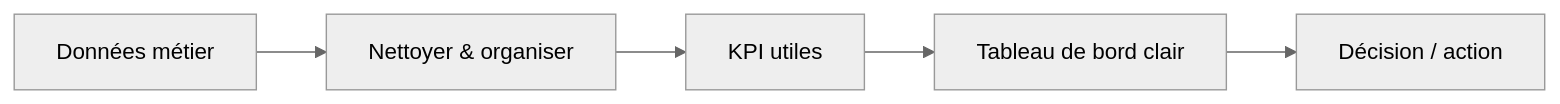
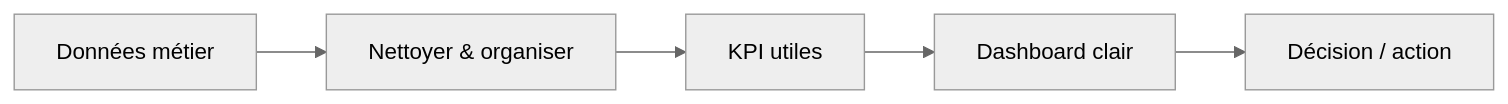
Before and after one commit to jeffersonkuku/powerbi-portfolio-projects: the second of 2 diagrams in README.md, drawn with Mermaid (neutral theme). The commit also changed other lines of this file and 5 other files, not shown here.

````diff
--- a/README.md
+++ b/README.md
@@ -64,7 +73,7 @@
 ```mermaid
 flowchart LR
     A[Données métier] --> B[Nettoyer & organiser]
     B --> C[KPI utiles]
-    C --> D[Tableau de bord clair]
+    C --> D[Dashboard clair]
     D --> E[Décision / action]
 ```
````
